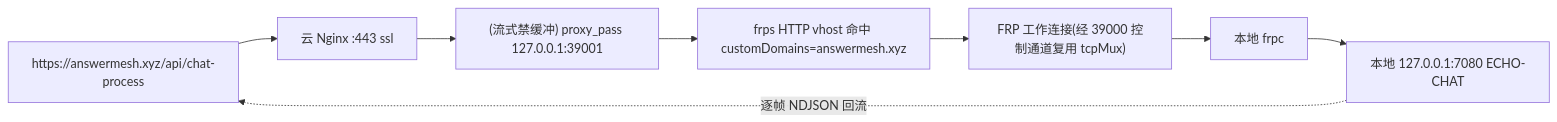
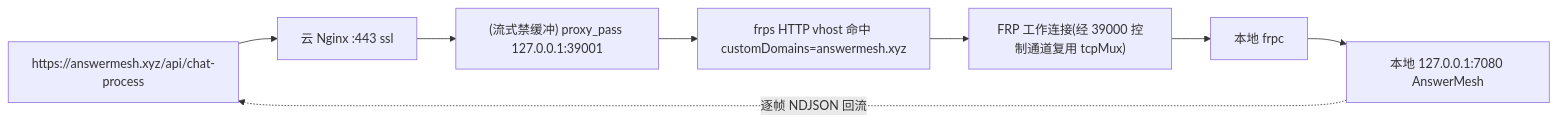
One commit to robotlover-1/ECHO-CHAT changed the third of 6 diagrams in docs/echo-chat-frp-nat-traversal.md. Above: the diagram before and after it, drawn with Mermaid. The commit also changed other lines of this file and 53 other files, not shown here.

First line of the commit message:
refactor: 项目更名 ECHO-CHAT → AnswerMesh（含功能标识符）

````diff
--- a/docs/echo-chat-frp-nat-traversal.md
+++ b/docs/echo-chat-frp-nat-traversal.md
@@ -111,10 +111,10 @@
 ```mermaid
 flowchart LR
     A["https://answermesh.xyz/api/chat-process"] --> B["云 Nginx :443 ssl"]
     B --> C["(流式禁缓冲) proxy_pass 127.0.0.1:39001"]
     C --> D["frps HTTP vhost 命中 customDomains=answermesh.xyz"]
     D --> E["FRP 工作连接(经 39000 控制通道复用 tcpMux)"]
     E --> F["本地 frpc"]
-    F --> G["本地 127.0.0.1:7080 ECHO-CHAT"]
+    F --> G["本地 127.0.0.1:7080 AnswerMesh"]
     G -.->|"逐帧 NDJSON 回流"| A
 ```
````
